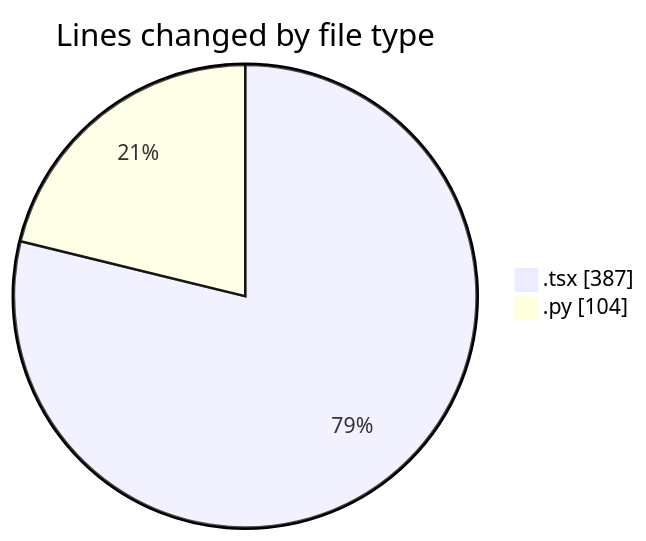
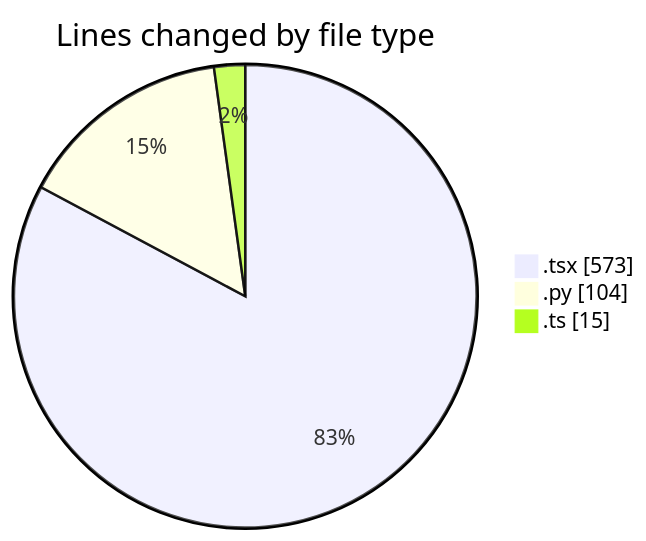
One commit to Ritupan-Deka/code-tracking changed the first of 2 diagrams in 2025-06-24/scopecraft/README.md. Above: the diagram before and after it, drawn with Mermaid. The commit also changed other lines of this file and 1 other file, not shown here.

````diff
--- a/2025-06-24/scopecraft/README.md
+++ b/2025-06-24/scopecraft/README.md
@@ -25,6 +28,7 @@
 ```mermaid
 pie showData
 title Lines changed by file type
-".tsx" : 387
+".tsx" : 573
 ".py" : 104
+".ts" : 15
 ```
````
